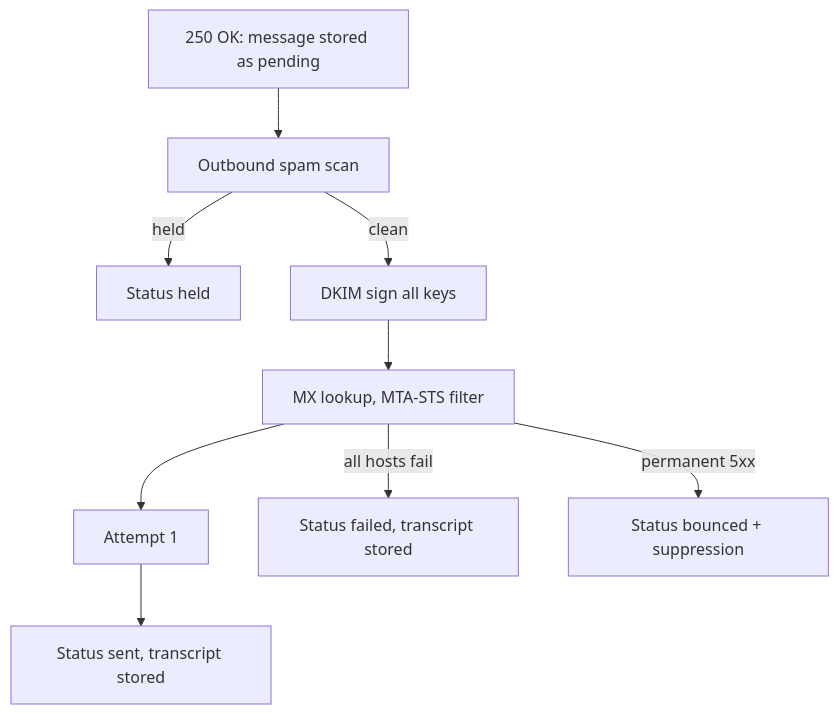
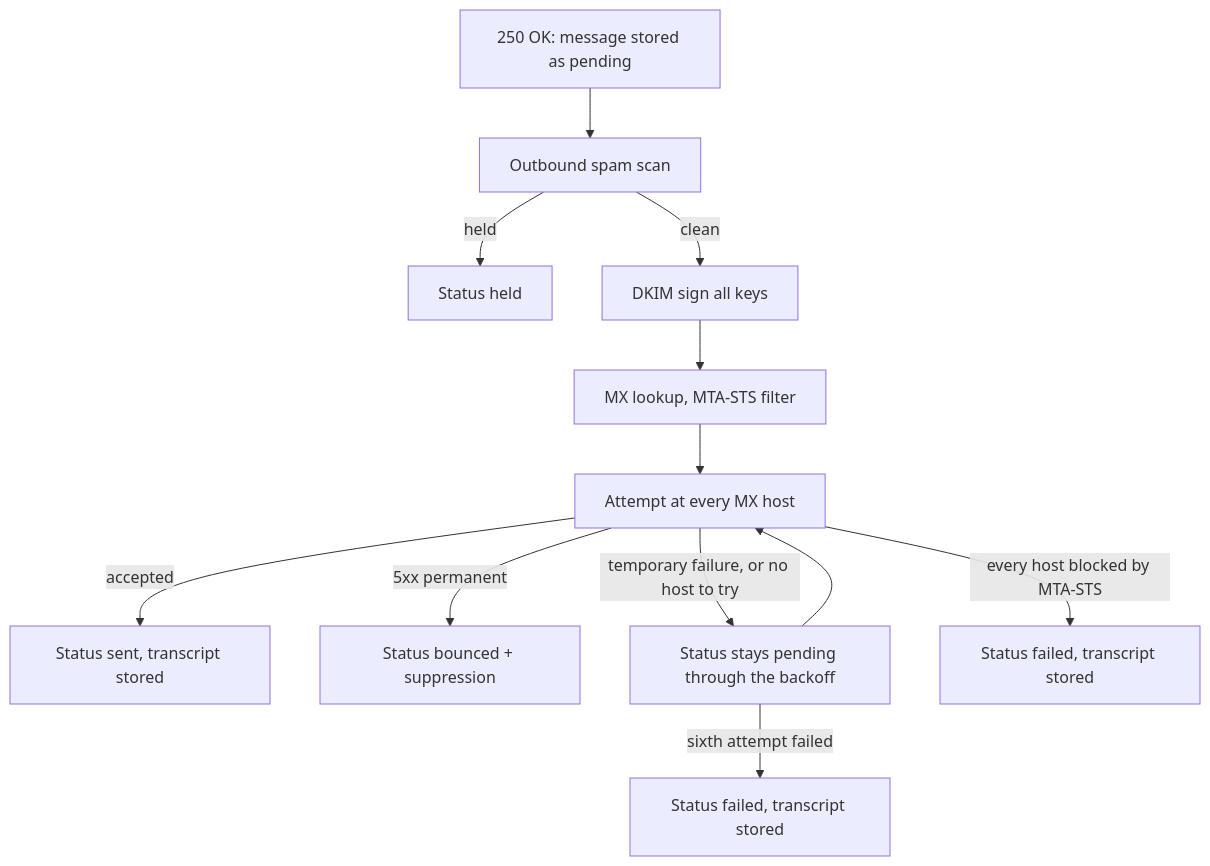
The first of 2 diagrams in docs/docs/reliability.md (codingjoe/relay), drawn with Mermaid before and after one commit. The commit also changed other lines of this file and 7 other files, not shown here.

First line of the commit message:
Retry a temporary delivery failure for about an hour (#435)

````diff
--- a/docs/docs/reliability.md
+++ b/docs/docs/reliability.md
@@ -18,11 +18,14 @@
 ```mermaid
 flowchart TD
     A[250 OK: message stored as pending] --> B[Outbound spam scan]
     B -- held --> C[Status held]
     B -- clean --> D[DKIM sign all keys]
     D --> E[MX lookup, MTA-STS filter]
-    E --> F[Attempt 1]
-    F --> G[Status sent, transcript stored]
-    E -- all hosts fail --> H[Status failed, transcript stored]
-    E -- permanent 5xx --> I[Status bounced + suppression]
+    E --> F[Attempt at every MX host]
+    F -- accepted --> G[Status sent, transcript stored]
+    F -- 5xx permanent --> H[Status bounced + suppression]
+    F -- temporary failure, or no host to try --> I[Status stays pending through the backoff]
+    I --> F
+    I -- sixth attempt failed --> J[Status failed, transcript stored]
+    F -- every host blocked by MTA-STS --> K[Status failed, transcript stored]
 ```
````
